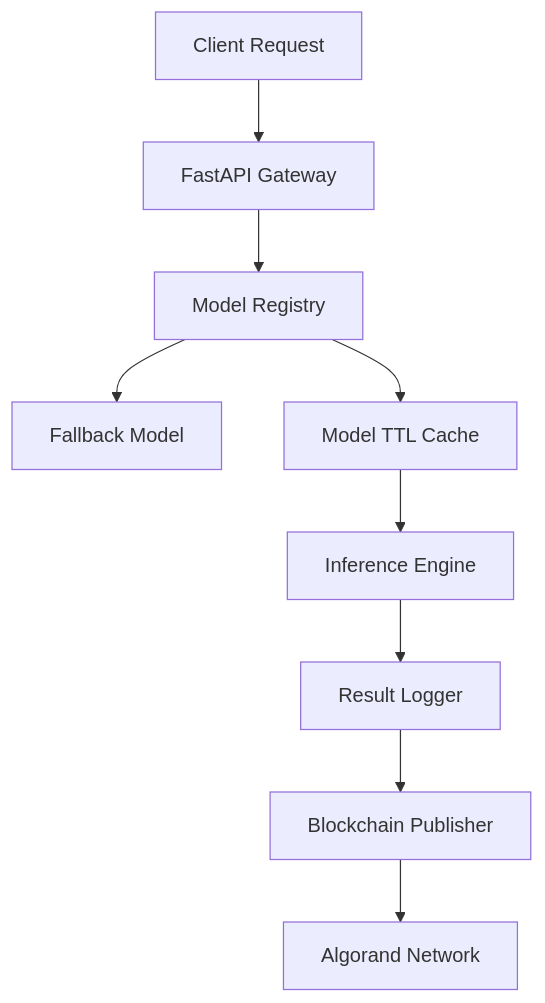
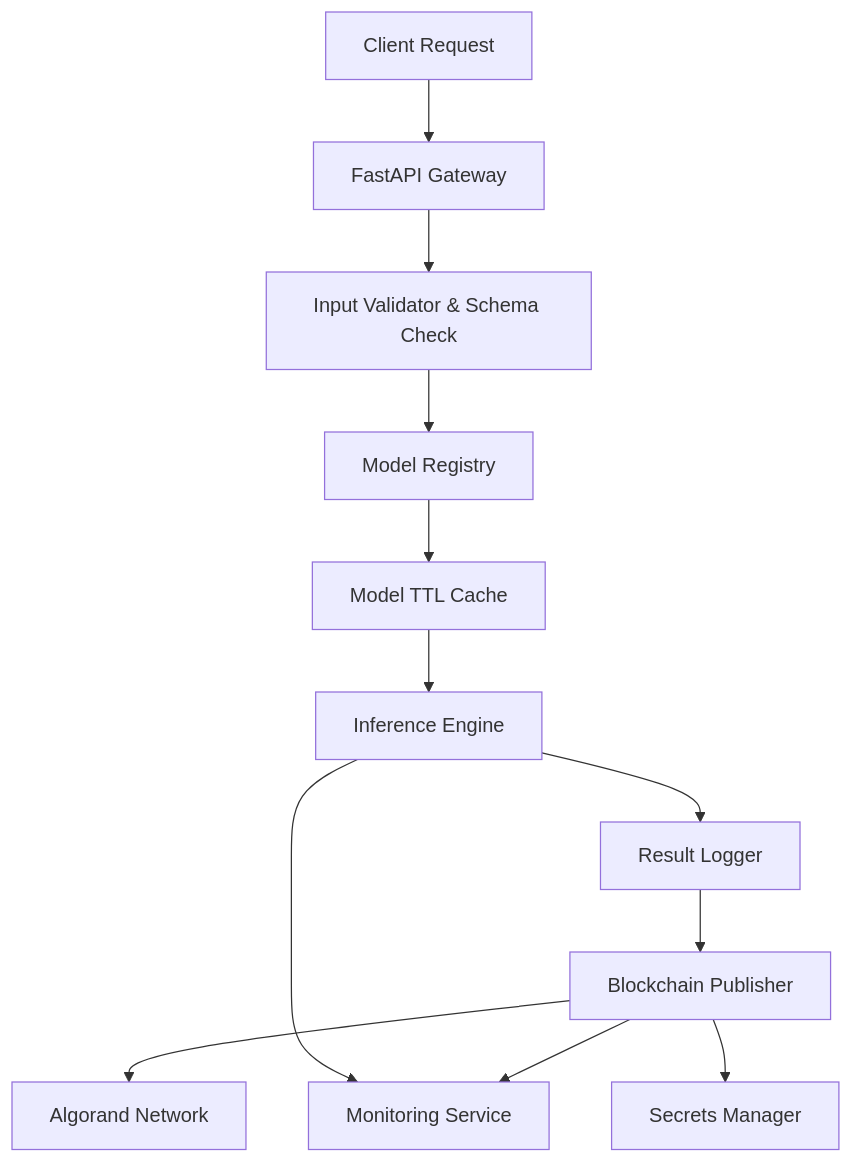
One commit to AnVenDev/axiomatic_oracle changed the diagram in README.md. Above: the diagram before and after it, drawn with Mermaid.

````diff
--- a/README.md
+++ b/README.md
@@ -25,11 +25,20 @@
 ```mermaid
 graph TB
     A[Client Request] --> B[FastAPI Gateway]
-    B --> C[Model Registry]
-    C --> D[Fallback Model]
-    C --> E[Model TTL Cache]
-    E --> F[Inference Engine]
-    F --> G[Result Logger]
-    G --> H[Blockchain Publisher]
-    H --> I[Algorand Network]
+    B --> B1[Input Validator & Schema Check]
+    B1 --> C[Model Registry]
+
+    C --> C1[Model TTL Cache]
+    C1 --> D[Inference Engine]
+
+    D --> E[Result Logger]
+    E --> F[Blockchain Publisher]
+    F --> G[Algorand Network]
+
+    %% Monitoring branch
+    D --> M1[Monitoring Service]
+    F --> M1
+
+    %% Secrets handling for publisher
+    F --> S[Secrets Manager]
 ```
````
